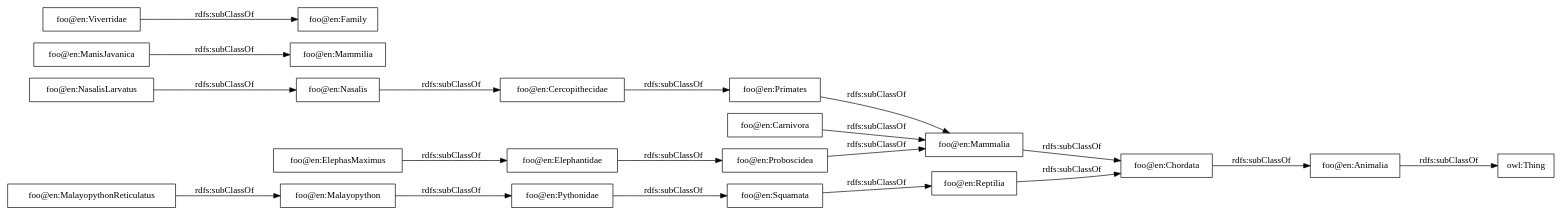
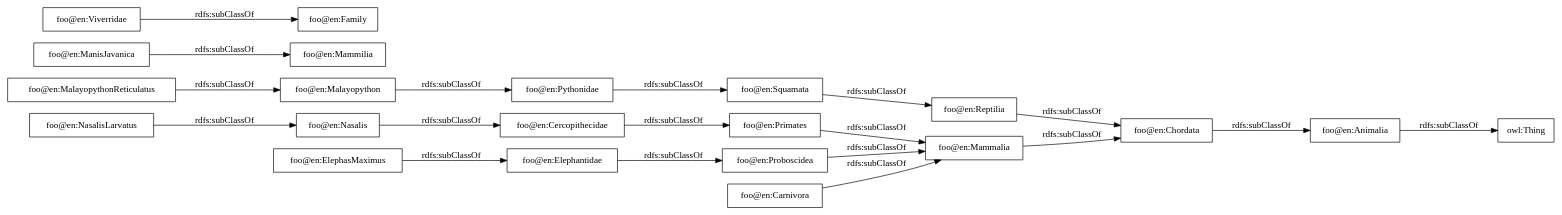
One commit to Naeima/foo_html changed the diagram in OnToology/index.ttl/diagrams/ar2dtool-taxonomy/index.ttl.png.dot. Above: the diagram before and after it, drawn with Graphviz. The commit also changed 12 other files, not shown here.

```diff
--- a/OnToology/index.ttl/diagrams/ar2dtool-taxonomy/index.ttl.png.dot
+++ b/OnToology/index.ttl/diagrams/ar2dtool-taxonomy/index.ttl.png.dot
@@ -1,24 +1,24 @@
 digraph ar2dtool_diagram { 
 rankdir=LR;
 size="1000"
-node [shape = rectangle, color="black"]; "foo@en:Squamata" "foo@en:Mammalia" "foo@en:Malayopython" "foo@en:Animalia" "foo@en:Cercopithecidae" "foo@en:ManisJavanica" "foo@en:ElephasMaximus" "foo@en:MalayopythonReticulatus" "foo@en:Primates" "foo@en:Carnivora" "foo@en:Viverridae" "foo@en:Nasalis" "foo@en:Elephantidae" "foo@en:Reptilia" "foo@en:Pythonidae" "foo@en:Proboscidea" "foo@en:Chordata" ; /*classes style*/
+node [shape = rectangle, color="black"]; "foo@en:NasalisLarvatus" "foo@en:Squamata" "foo@en:Mammalia" "foo@en:Malayopython" "foo@en:Animalia" "foo@en:Cercopithecidae" "foo@en:ManisJavanica" "foo@en:ElephasMaximus" "foo@en:MalayopythonReticulatus" "foo@en:Primates" "foo@en:Carnivora" "foo@en:Viverridae" "foo@en:Nasalis" "foo@en:Elephantidae" "foo@en:Reptilia" "foo@en:Pythonidae" "foo@en:Proboscidea" "foo@en:Chordata" ; /*classes style*/
 	"foo@en:Cercopithecidae" -> "foo@en:Primates" [ label = "rdfs:subClassOf" ];
 	"foo@en:Chordata" -> "foo@en:Animalia" [ label = "rdfs:subClassOf" ];
 	"foo@en:Squamata" -> "foo@en:Reptilia" [ label = "rdfs:subClassOf" ];
 	"foo@en:Elephantidae" -> "foo@en:Proboscidea" [ label = "rdfs:subClassOf" ];
 	"foo@en:Proboscidea" -> "foo@en:Mammalia" [ label = "rdfs:subClassOf" ];
 	"foo@en:Reptilia" -> "foo@en:Chordata" [ label = "rdfs:subClassOf" ];
 	"foo@en:ManisJavanica" -> "foo@en:Mammilia" [ label = "rdfs:subClassOf" ];
 	"foo@en:Nasalis" -> "foo@en:Cercopithecidae" [ label = "rdfs:subClassOf" ];
 	"foo@en:Viverridae" -> "foo@en:Family" [ label = "rdfs:subClassOf" ];
 	"foo@en:ElephasMaximus" -> "foo@en:Elephantidae" [ label = "rdfs:subClassOf" ];
 	"foo@en:Animalia" -> "owl:Thing" [ label = "rdfs:subClassOf" ];
 	"foo@en:Malayopython" -> "foo@en:Pythonidae" [ label = "rdfs:subClassOf" ];
 	"foo@en:Carnivora" -> "foo@en:Mammalia" [ label = "rdfs:subClassOf" ];
 	"foo@en:Mammalia" -> "foo@en:Chordata" [ label = "rdfs:subClassOf" ];
 	"foo@en:MalayopythonReticulatus" -> "foo@en:Malayopython" [ label = "rdfs:subClassOf" ];
 	"foo@en:Pythonidae" -> "foo@en:Squamata" [ label = "rdfs:subClassOf" ];
 	"foo@en:Primates" -> "foo@en:Mammalia" [ label = "rdfs:subClassOf" ];
 	"foo@en:NasalisLarvatus" -> "foo@en:Nasalis" [ label = "rdfs:subClassOf" ];
 
 }
```
